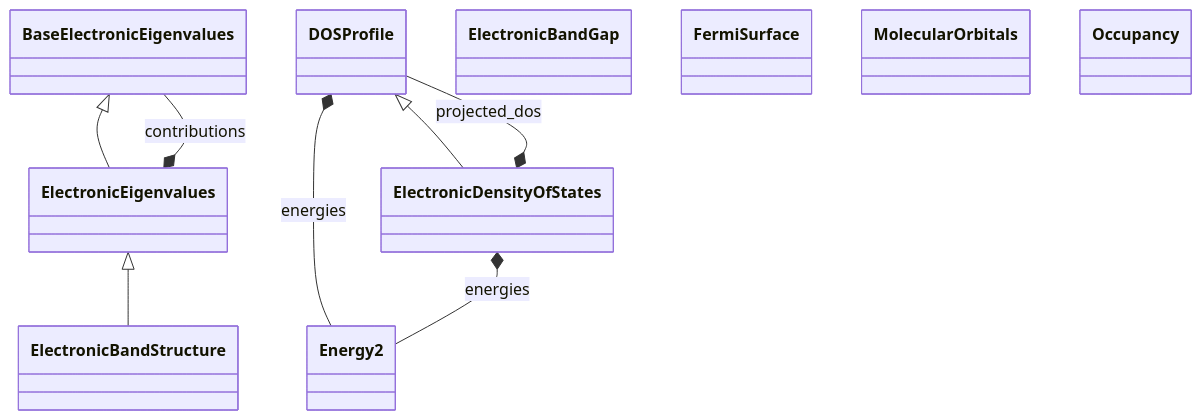
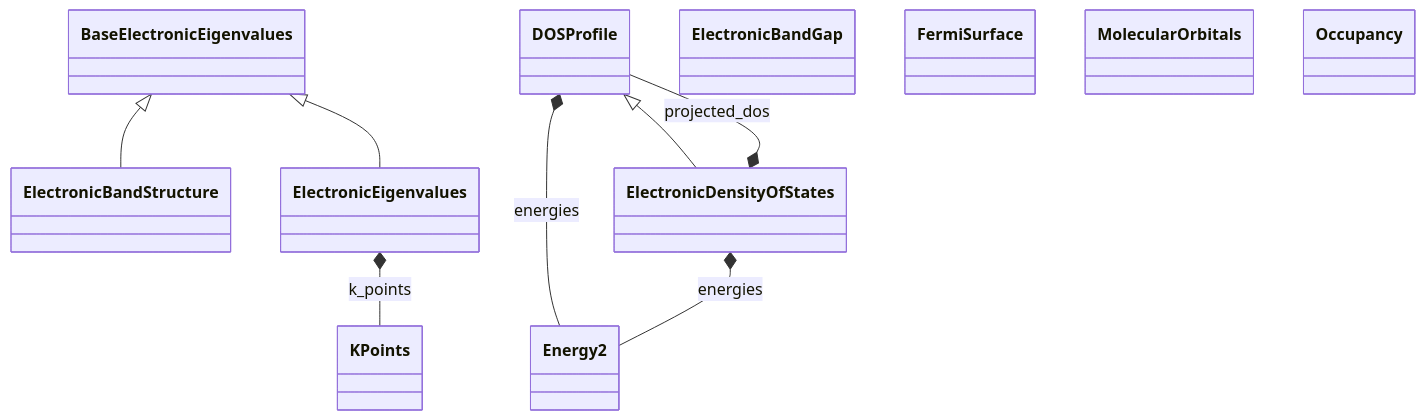
One commit to FAIRmat-NFDI/nomad-simulations changed the diagram in docs/schema/electronic_properties.md. Above: the diagram before and after it, drawn with Mermaid. The commit also changed other lines of this file and 8 other files, not shown here.

````diff
--- a/docs/schema/electronic_properties.md
+++ b/docs/schema/electronic_properties.md
@@ -11,20 +11,21 @@
 ```mermaid
 classDiagram
     class BaseElectronicEigenvalues
     class DOSProfile
     class ElectronicBandGap
     class ElectronicBandStructure
     class ElectronicDensityOfStates
     class ElectronicEigenvalues
     class Energy2
     class FermiSurface
+    class KPoints
     class MolecularOrbitals
     class Occupancy
-    ElectronicEigenvalues <|-- ElectronicBandStructure
+    BaseElectronicEigenvalues <|-- ElectronicBandStructure
     DOSProfile <|-- ElectronicDensityOfStates
     BaseElectronicEigenvalues <|-- ElectronicEigenvalues
     DOSProfile *-- Energy2 : energies
     ElectronicDensityOfStates *-- DOSProfile : projected_dos
     ElectronicDensityOfStates *-- Energy2 : energies
-    ElectronicEigenvalues *-- BaseElectronicEigenvalues : contributions
+    ElectronicEigenvalues *-- KPoints : k_points
 ```
````
